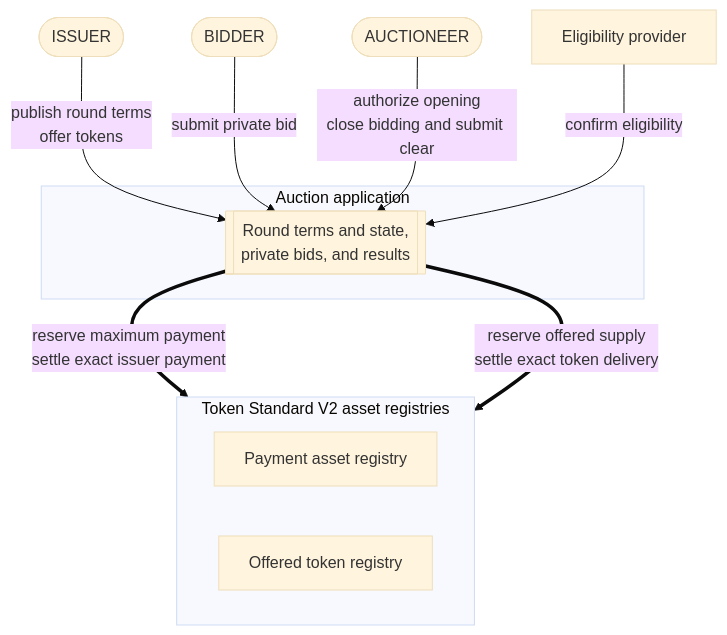
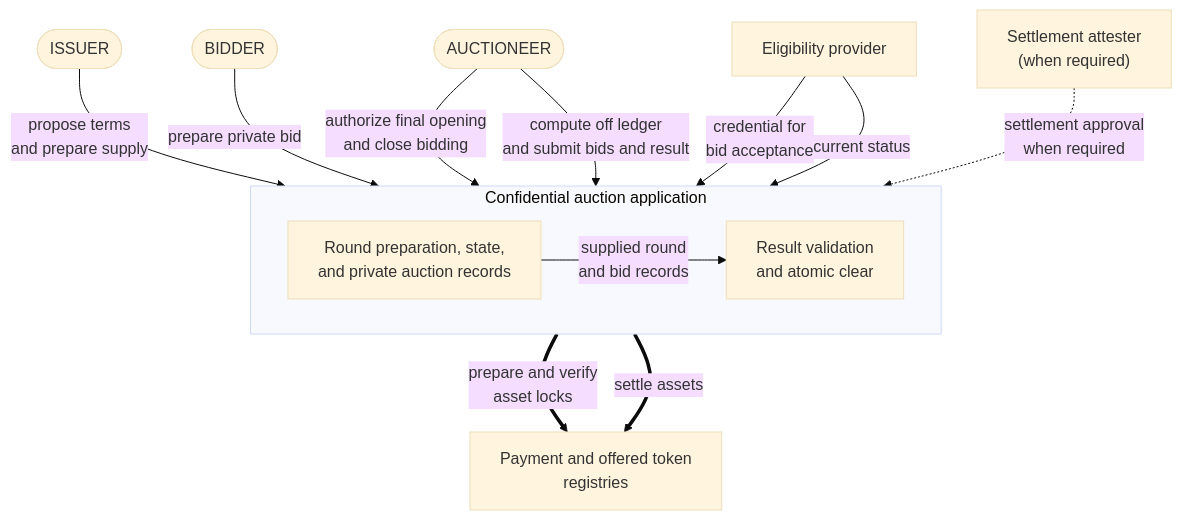
One commit to OpenZeppelin/canton-specs changed the first of 6 diagrams in docs/reference-architectures/confidential-auction.md. Above: the diagram before and after it, drawn with Mermaid (base theme). The commit also changed other lines of this file, not shown here.

Commit message:
[Confidential Auction RI] Add visual guidance to the Architecture Overview and Target Design (#103)

````diff
--- a/docs/reference-architectures/confidential-auction.md
+++ b/docs/reference-architectures/confidential-auction.md
@@ -128,24 +138,28 @@
 ```mermaid
 flowchart TB
     Issuer([ISSUER])
     Bidder([BIDDER])
     Auctioneer([AUCTIONEER])
     Eligibility["Eligibility provider"]
+    Attester["Settlement attester<br/>(when required)"]
 
-    subgraph App["Auction application"]
-        Auction[["Round terms and state,<br/>private bids, and results"]]
+    subgraph Auction["Confidential auction application"]
+        direction LR
+        State["Round preparation, state,<br/>and private auction records"]
+        Clear["Result validation<br/>and atomic clear"]
+
+        State -->|"supplied round<br/>and bid records"| Clear
     end
 
-    subgraph Assets["Token Standard V2 asset registries"]
-        direction LR
-        Payment["Payment asset registry"]
-        Token["Offered token registry"]
-    end
+    Assets["Payment and offered token<br/>registries"]
 
-    Issuer -->|"publish round terms<br/>offer tokens"| Auction
-    Bidder -->|"submit private bid"| Auction
-    Auctioneer -->|"authorize opening<br/>close bidding and submit clear"| Auction
-    Eligibility -->|"confirm eligibility"| Auction
-    Auction ==>|"reserve maximum payment<br/>settle exact issuer payment"| Payment
-    Auction ==>|"reserve offered supply<br/>settle exact token delivery"| Token
+    Issuer -->|"propose terms<br/>and prepare supply"| State
+    Bidder -->|"prepare private bid"| State
+    Auctioneer -->|"authorize final opening<br/>and close bidding"| State
+    Auctioneer -->|"compute off ledger<br/>and submit bids and result"| Clear
+    Eligibility -->|"credential for<br/>bid acceptance"| State
+    Eligibility -->|"current status"| Clear
+    Attester -.->|"settlement approval<br/>when required"| Clear
+    State ==>|"prepare and verify<br/>asset locks"| Assets
+    Clear ==>|"settle assets"| Assets
 ```
````
